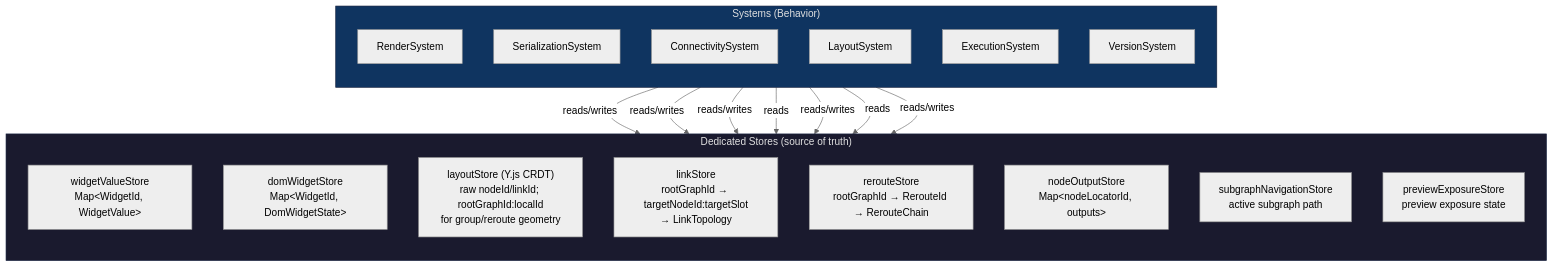
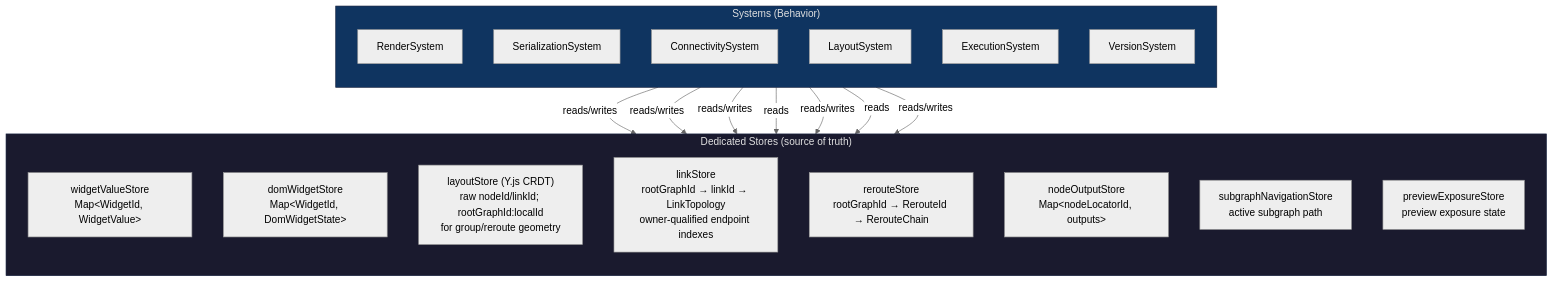
One commit to Comfy-Org/ComfyUI_frontend changed the first of 12 diagrams in docs/architecture/ecs-target-architecture.md. Above: the diagram before and after it, drawn with Mermaid (neutral theme). The commit also changed other lines of this file and 10 other files, not shown here.

````diff
--- a/docs/architecture/ecs-target-architecture.md
+++ b/docs/architecture/ecs-target-architecture.md
@@ -12,45 +12,45 @@
 ```mermaid
 graph TD
     subgraph Stores["Dedicated Stores (source of truth)"]
         direction TB
         WidgetValueStore["widgetValueStore
 Map&lt;WidgetId, WidgetValue&gt;"]
         DomWidgetStore["domWidgetStore
 Map&lt;WidgetId, DomWidgetState&gt;"]
         LayoutStore["layoutStore (Y.js CRDT)
 raw nodeId/linkId; rootGraphId:localId
 for group/reroute geometry"]
         LinkStore["linkStore
-rootGraphId → targetNodeId:targetSlot
-→ LinkTopology"]
+rootGraphId → linkId → LinkTopology
+owner-qualified endpoint indexes"]
         RerouteStore["rerouteStore
 rootGraphId → RerouteId → RerouteChain"]
         NodeOutputStore["nodeOutputStore
 Map&lt;nodeLocatorId, outputs&gt;"]
         SubgraphNavStore["subgraphNavigationStore
 active subgraph path"]
         PreviewExposureStore["previewExposureStore
 preview exposure state"]
     end
 
     subgraph Systems["Systems (Behavior)"]
         direction TB
         RS["RenderSystem"]
         SS["SerializationSystem"]
         CS["ConnectivitySystem"]
         LS["LayoutSystem"]
         ES["ExecutionSystem"]
         VS["VersionSystem"]
     end
 
     RS -->|reads| Stores
     SS -->|reads/writes| Stores
     CS -->|reads/writes| LinkStore
     CS -->|reads/writes| RerouteStore
     LS -->|reads/writes| LayoutStore
     ES -->|reads| NodeOutputStore
     VS -->|reads/writes| LayoutStore
 
     style Stores fill:#1a1a2e,stroke:#16213e,color:#e0e0e0
     style Systems fill:#0f3460,stroke:#16213e,color:#e0e0e0
 ```
````
